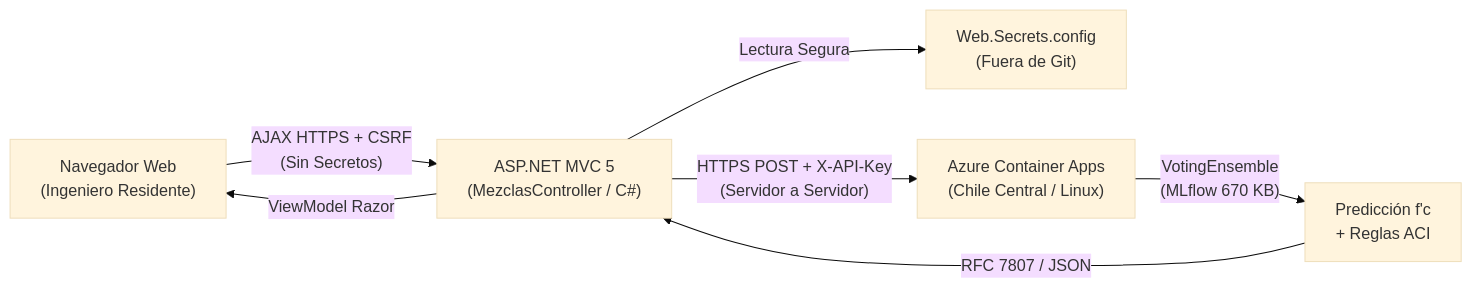
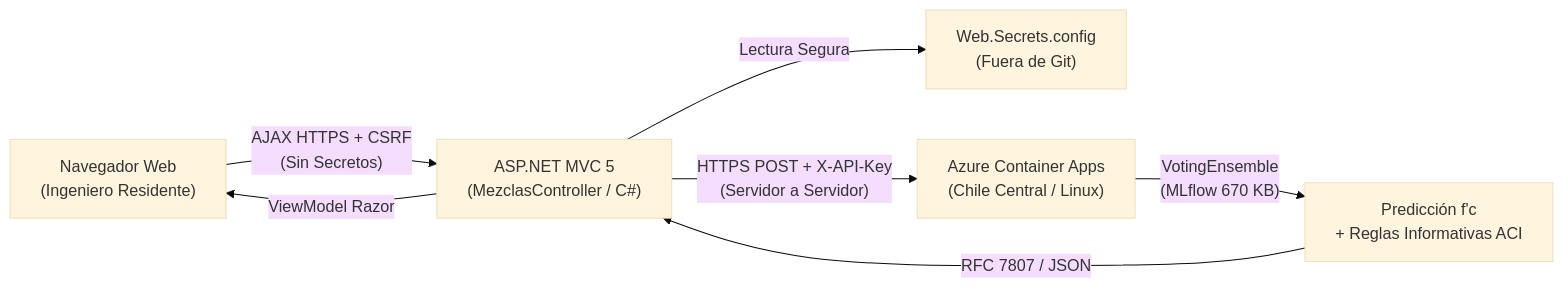
The diagram in docs/PRESENTACION_ECOMIX_IA_AVANCE.md (JMedina255/EcoMix-IA-AzureML), drawn with Mermaid (base theme) before and after one commit. The commit also changed other lines of this file and 4 other files, not shown here.

````diff
--- a/docs/PRESENTACION_ECOMIX_IA_AVANCE.md
+++ b/docs/PRESENTACION_ECOMIX_IA_AVANCE.md
@@ -60,9 +62,9 @@
 ```mermaid
 flowchart LR
     Browser["Navegador Web<br/>(Ingeniero Residente)"] -->|"AJAX HTTPS + CSRF<br/>(Sin Secretos)"| MVC["ASP.NET MVC 5<br/>(MezclasController / C#)"]
     MVC -->|"Lectura Segura"| Secrets["Web.Secrets.config<br/>(Fuera de Git)"]
     MVC -->|"HTTPS POST + X-API-Key<br/>(Servidor a Servidor)"| ACA["Azure Container Apps<br/>(Chile Central / Linux)"]
-    ACA -->|"VotingEnsemble<br/>(MLflow 670 KB)"| Predict["Predicción f'c<br/>+ Reglas ACI"]
+    ACA -->|"VotingEnsemble<br/>(MLflow 670 KB)"| Predict["Predicción f'c<br/>+ Reglas Informativas ACI"]
     Predict -->|"RFC 7807 / JSON"| MVC
     MVC -->|"ViewModel Razor"| Browser
 ```
````
